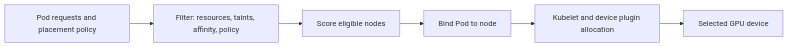
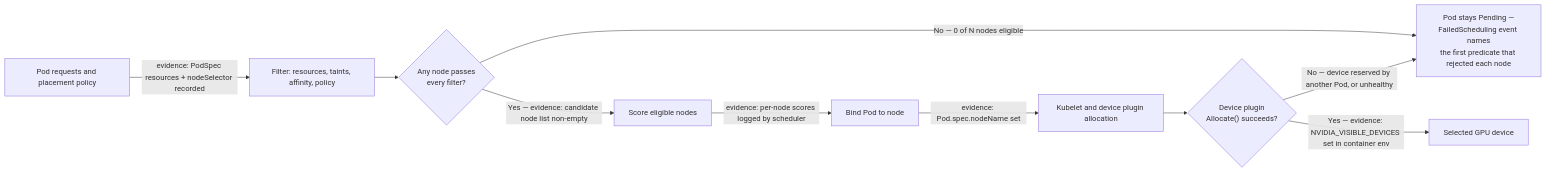
One commit to jithinpnjm/nvidia-devops changed the diagram in docs/nvidia-zero-to-hero/volume-10/chapter-08-gpu-scheduling-and-topology.md. Above: the diagram before and after it, drawn with Mermaid. The commit also changed other lines of this file and 10 other files, not shown here.

````diff
--- a/docs/nvidia-zero-to-hero/volume-10/chapter-08-gpu-scheduling-and-topology.md
+++ b/docs/nvidia-zero-to-hero/volume-10/chapter-08-gpu-scheduling-and-topology.md
@@ -25,10 +25,22 @@
 ```mermaid
 flowchart LR
     Pod[Pod requests and placement policy]
     Filter[Filter: resources, taints, affinity, policy]
+    FilterOK{"Any node passes<br/>every filter?"}
+    Pending["Pod stays Pending —<br/>FailedScheduling event names<br/>the first predicate that rejected each node"]
     Score[Score eligible nodes]
     Bind[Bind Pod to node]
     Kubelet[Kubelet and device plugin allocation]
+    AllocOK{"Device plugin<br/>Allocate() succeeds?"}
     Device[Selected GPU device]
-    Pod --> Filter --> Score --> Bind --> Kubelet --> Device
+
+    Pod -->|"evidence: PodSpec resources + nodeSelector recorded"| Filter
+    Filter --> FilterOK
+    FilterOK -->|"No — 0 of N nodes eligible"| Pending
+    FilterOK -->|"Yes — evidence: candidate node list non-empty"| Score
+    Score -->|"evidence: per-node scores logged by scheduler"| Bind
+    Bind -->|"evidence: Pod.spec.nodeName set"| Kubelet
+    Kubelet --> AllocOK
+    AllocOK -->|"No — device reserved by another Pod, or unhealthy"| Pending
+    AllocOK -->|"Yes — evidence: NVIDIA_VISIBLE_DEVICES set in container env"| Device
 ```
````
